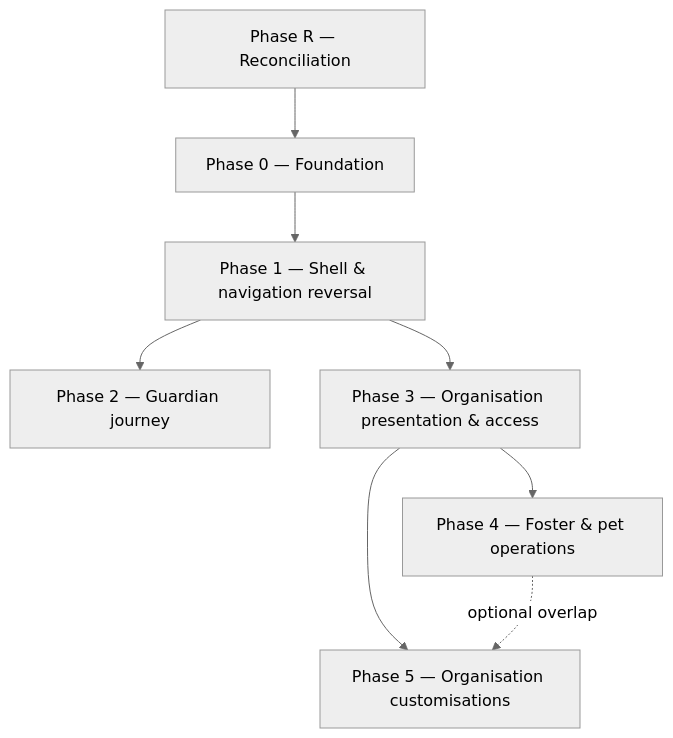
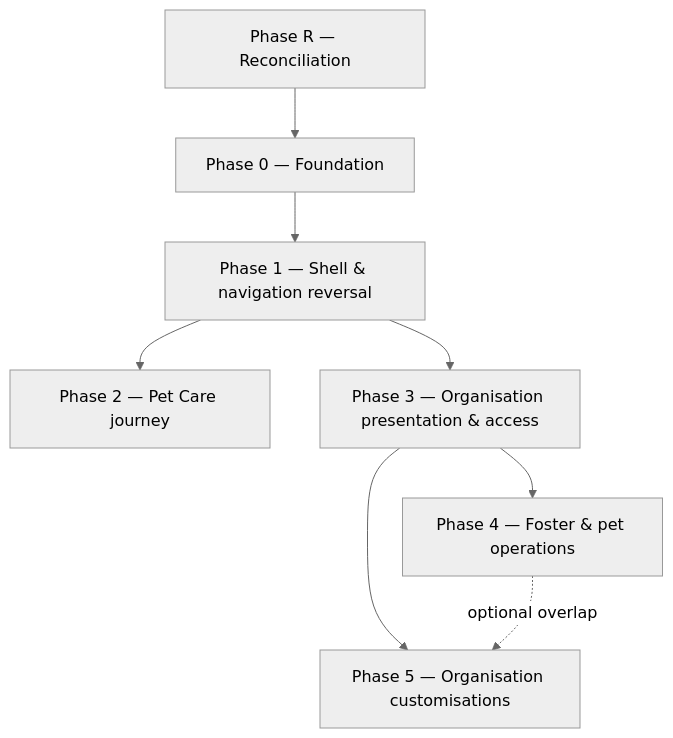
The diagram in docs/domains/cross-domain/changes/roadmap-delivery-plan.md (KanopeeKa/AgathaCheck), drawn with Mermaid (neutral theme) before and after one commit. The commit also changed other lines of this file and 63 other files, not shown here.

Commit message:
phase(6/6): docs: sweep Guardian workspace references to Pet Care

````diff
--- a/docs/domains/cross-domain/changes/roadmap-delivery-plan.md
+++ b/docs/domains/cross-domain/changes/roadmap-delivery-plan.md
@@ -29,18 +29,18 @@
 ```mermaid
 flowchart TD
   R[Phase R — Reconciliation]
   P0[Phase 0 — Foundation]
   P1[Phase 1 — Shell & navigation reversal]
-  P2[Phase 2 — Guardian journey]
+  P2[Phase 2 — Pet Care journey]
   P3[Phase 3 — Organisation presentation & access]
   P4[Phase 4 — Foster & pet operations]
   P5[Phase 5 — Organisation customisations]
 
   R --> P0
   P0 --> P1
   P1 --> P2
   P1 --> P3
   P3 --> P4
   P3 --> P5
   P4 -.optional overlap.-> P5
 ```
````
